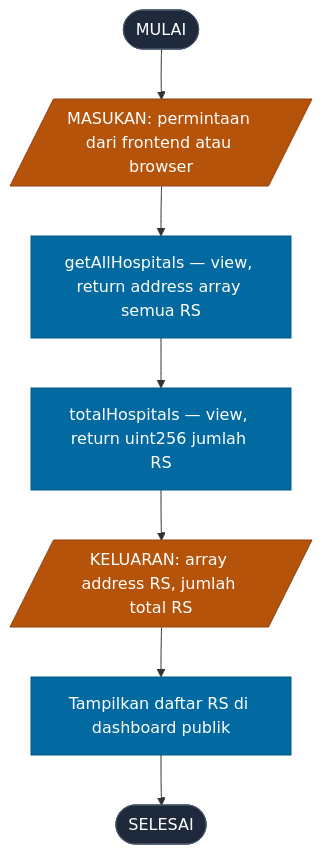
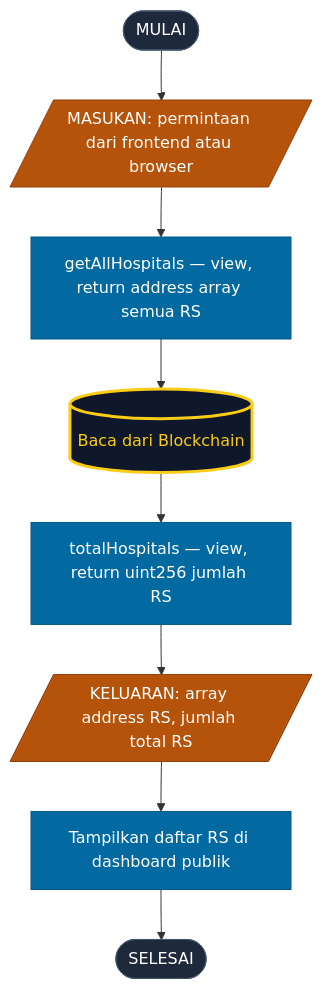
Before and after one commit to abuab234/Status-Ketersediaan-Kamar-RS: the sixth of 7 diagrams in readme/capstone_blockchain.md, drawn with Mermaid. The commit also changed other lines of this file, not shown here.

Commit message:
Fix: Memperbaiki sintaks diagram Mermaid pada dokumentasi

````diff
--- a/readme/capstone_blockchain.md
+++ b/readme/capstone_blockchain.md
@@ -272,17 +280,19 @@
 ```mermaid
 flowchart TD
     D1([MULAI]) --> D2[/"MASUKAN: permintaan dari frontend atau browser"/]
     D2 --> D3["getAllHospitals — view, return address array semua RS"]
-    D3 --> D4["totalHospitals — view, return uint256 jumlah RS"]
+    D3 --> DDB[("Baca dari Blockchain")]
+    DDB --> D4["totalHospitals — view, return uint256 jumlah RS"]
     D4 --> D5[/"KELUARAN: array address RS, jumlah total RS"/]
     D5 --> D6["Tampilkan daftar RS di dashboard publik"]
     D6 --> D7([SELESAI])
 
     style D1 fill:#1e293b,color:#fff,stroke:#475569
     style D7 fill:#1e293b,color:#fff,stroke:#475569
     style D3 fill:#0369a1,color:#fff,stroke:#075985
     style D4 fill:#0369a1,color:#fff,stroke:#075985
     style D6 fill:#0369a1,color:#fff,stroke:#075985
     style D2 fill:#b45309,color:#fff,stroke:#92400e
     style D5 fill:#b45309,color:#fff,stroke:#92400e
+    style DDB fill:#0f172a,color:#facc15,stroke:#facc15,stroke-width:3px
 ```
````
